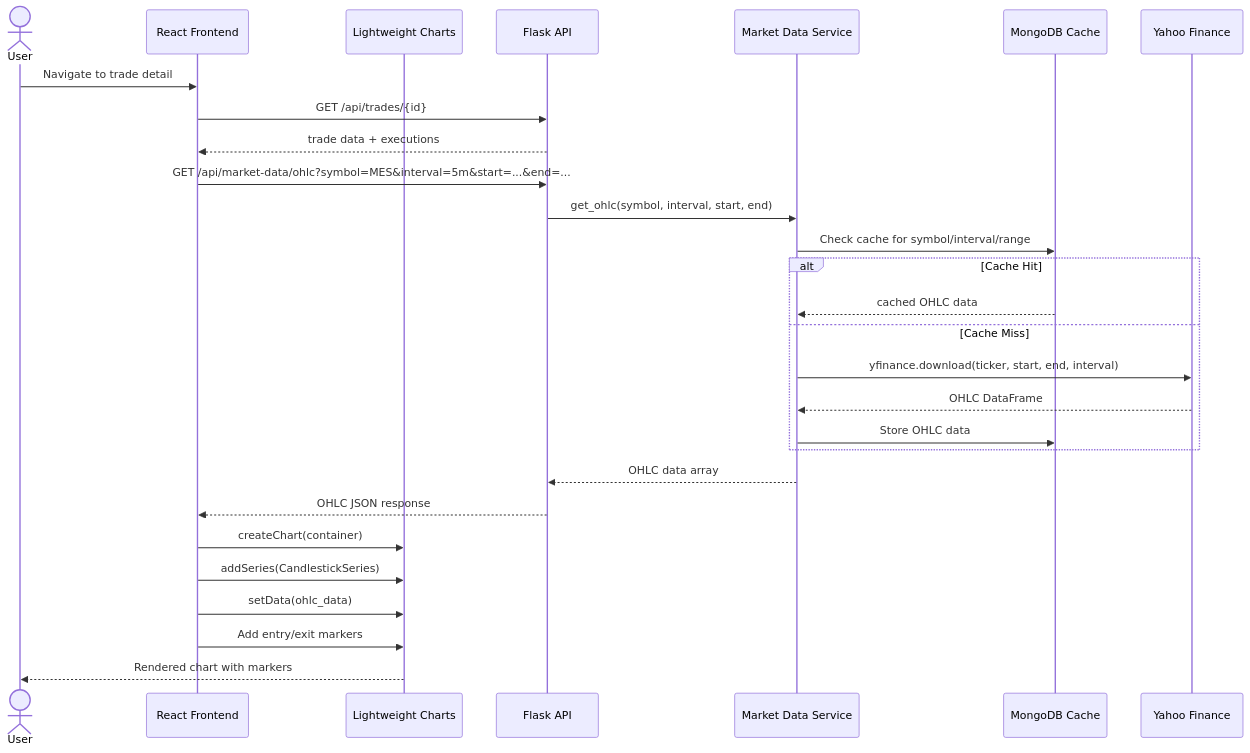
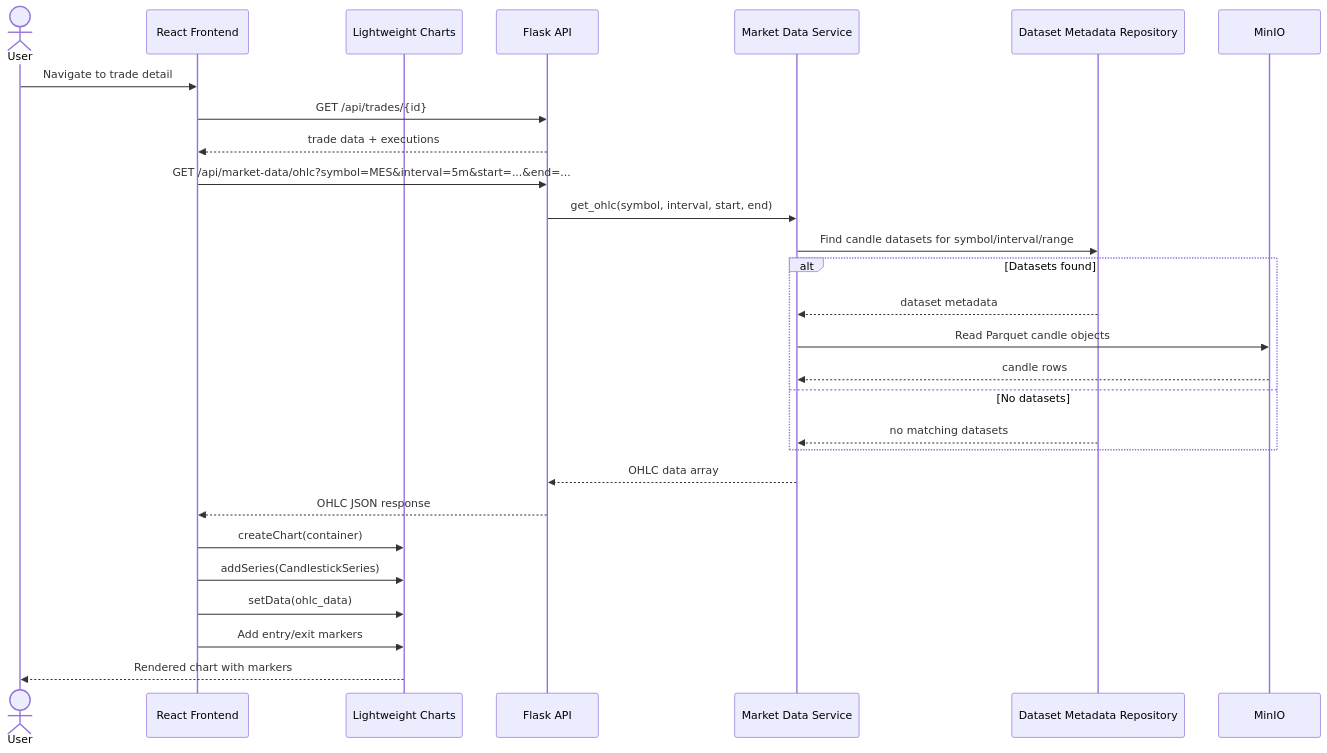
One commit to diridevelops/JanusEdge changed the tenth of 12 diagrams in docs/architecture/architecture.md. Above: the diagram before and after it, drawn with Mermaid. The commit also changed other lines of this file and 11 other files, not shown here.

First line of the commit message:
refactor: update what-if analysis to use raw tick data instead of OHLC data

````diff
--- a/docs/architecture/architecture.md
+++ b/docs/architecture/architecture.md
@@ -446,35 +446,35 @@
 ```mermaid
 sequenceDiagram
 	actor User
 	participant FE as React Frontend
 	participant Chart as Lightweight Charts
 	participant API as Flask API
 	participant MDS as Market Data Service
-	participant Cache as MongoDB Cache
-	participant Yahoo as Yahoo Finance
+	participant Repo as Dataset Metadata Repository
+	participant MinIO as MinIO
 
 	User->>FE: Navigate to trade detail
 	FE->>API: GET /api/trades/{id}
 	API-->>FE: trade data + executions
     
 	FE->>API: GET /api/market-data/ohlc?symbol=MES&interval=5m&start=...&end=...
 	API->>MDS: get_ohlc(symbol, interval, start, end)
-	MDS->>Cache: Check cache for symbol/interval/range
+	MDS->>Repo: Find candle datasets for symbol/interval/range
     
-	alt Cache Hit
-		Cache-->>MDS: cached OHLC data
-	else Cache Miss
-		MDS->>Yahoo: yfinance.download(ticker, start, end, interval)
-		Yahoo-->>MDS: OHLC DataFrame
-		MDS->>Cache: Store OHLC data
+	alt Datasets found
+		Repo-->>MDS: dataset metadata
+		MDS->>MinIO: Read Parquet candle objects
+		MinIO-->>MDS: candle rows
+	else No datasets
+		Repo-->>MDS: no matching datasets
 	end
     
 	MDS-->>API: OHLC data array
 	API-->>FE: OHLC JSON response
     
 	FE->>Chart: createChart(container)
 	FE->>Chart: addSeries(CandlestickSeries)
 	FE->>Chart: setData(ohlc_data)
 	FE->>Chart: Add entry/exit markers
 	Chart-->>User: Rendered chart with markers
 ```
````
